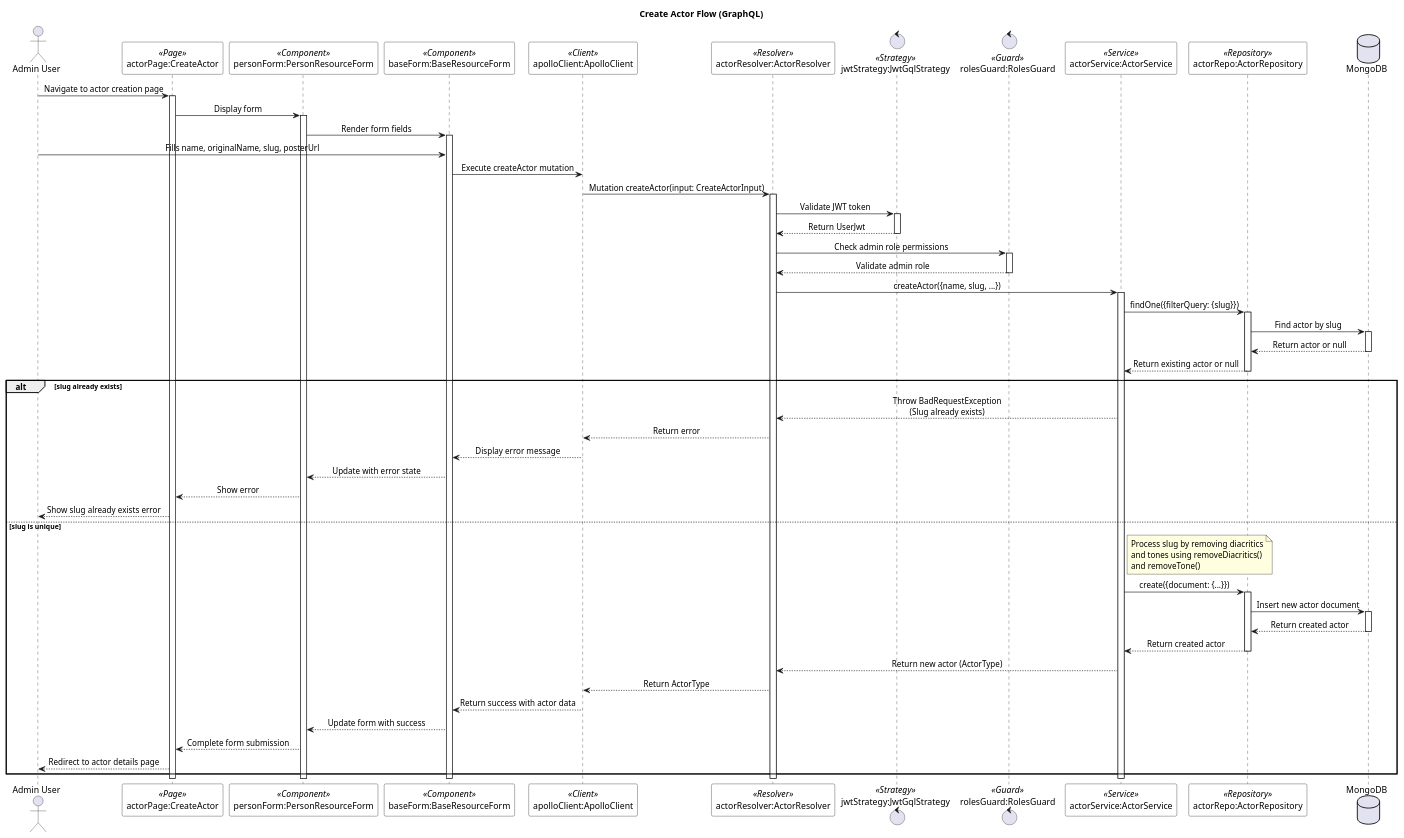
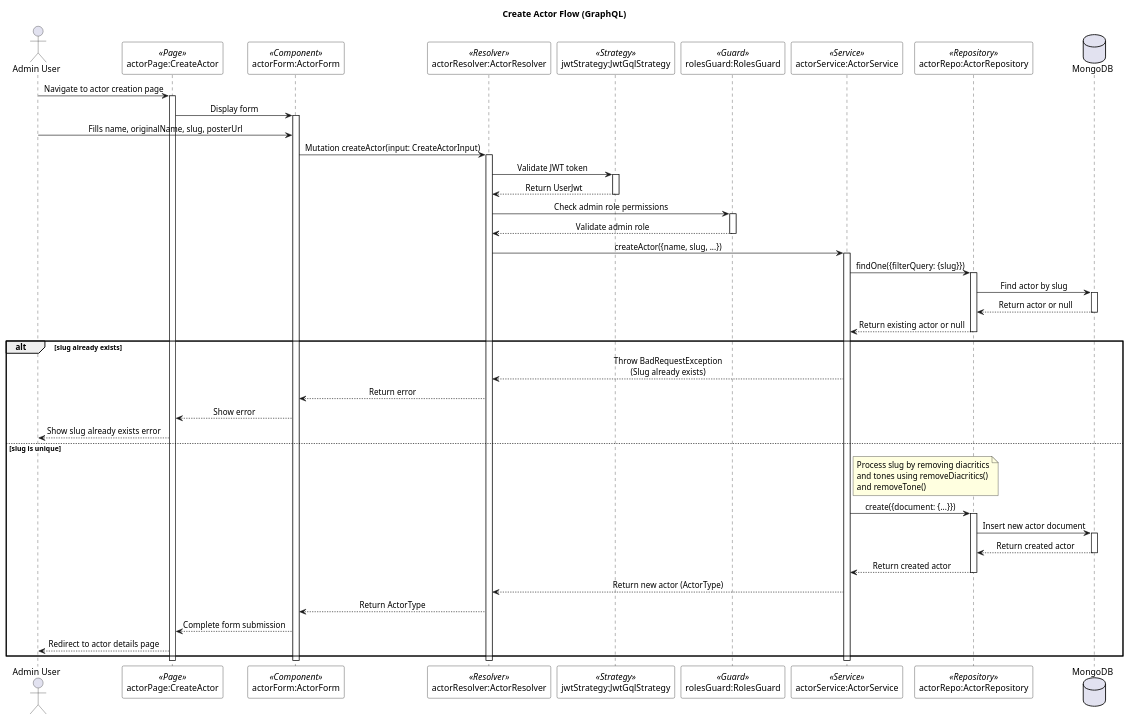
The diagram in documents/diagram/sequences/actors/create-actor.puml (lehuygiang28/vphim), drawn with PlantUML before and after one commit. The commit also changed 4 other files, not shown here.

First line of the commit message:
refactor(diagrams/sequences/actors): 🛠️ update sequence diagrams for actor flows

```diff
--- a/documents/diagram/sequences/actors/create-actor.puml
+++ b/documents/diagram/sequences/actors/create-actor.puml
@@ -1,100 +1,88 @@
 @startuml Create Actor Flow
 
 skinparam SequenceMessageAlignment center
 skinparam SequenceBoxBackgroundColor white
 skinparam SequenceBoxBorderColor black
 skinparam NoteBackgroundColor lightyellow
 skinparam NoteBorderColor black
 skinparam ParticipantBackgroundColor white
 skinparam ParticipantBorderColor black
 
 title Create Actor Flow (GraphQL)
 
 actor "Admin User" as adminUser
 participant "actorPage:CreateActor" as actorPage <<Page>>
-participant "personForm:PersonResourceForm" as personForm <<Component>>
-participant "baseForm:BaseResourceForm" as baseForm <<Component>>
-participant "apolloClient:ApolloClient" as apolloClient <<Client>>
+participant "actorForm:ActorForm" as actorForm <<Component>>
 participant "actorResolver:ActorResolver" as actorResolver <<Resolver>>
-control "jwtStrategy:JwtGqlStrategy" as jwtStrategy <<Strategy>>
-control "rolesGuard:RolesGuard" as rolesGuard <<Guard>>
+participant "jwtStrategy:JwtGqlStrategy" as jwtStrategy <<Strategy>>
+participant "rolesGuard:RolesGuard" as rolesGuard <<Guard>>
 participant "actorService:ActorService" as actorService <<Service>>
 participant "actorRepo:ActorRepository" as actorRepo <<Repository>>
 database "MongoDB" as mongoDB
 
 adminUser -> actorPage : Navigate to actor creation page
 activate actorPage
 
-actorPage -> personForm : Display form
-activate personForm
+actorPage -> actorForm : Display form
+activate actorForm
 
-personForm -> baseForm : Render form fields
-activate baseForm
+adminUser -> actorForm : Fills name, originalName, slug, posterUrl
 
-adminUser -> baseForm : Fills name, originalName, slug, posterUrl
-
-baseForm -> apolloClient : Execute createActor mutation
-apolloClient -> actorResolver : Mutation createActor(input: CreateActorInput)
+actorForm -> actorResolver : Mutation createActor(input: CreateActorInput)
 activate actorResolver
 
 actorResolver -> jwtStrategy : Validate JWT token
 activate jwtStrategy
 jwtStrategy --> actorResolver : Return UserJwt
 deactivate jwtStrategy
 
 actorResolver -> rolesGuard : Check admin role permissions
 activate rolesGuard
 rolesGuard --> actorResolver : Validate admin role
 deactivate rolesGuard
 
 actorResolver -> actorService : createActor({name, slug, ...})
 activate actorService
 
 actorService -> actorRepo : findOne({filterQuery: {slug}})
 activate actorRepo
 actorRepo -> mongoDB : Find actor by slug
 activate mongoDB
 mongoDB --> actorRepo : Return actor or null
 deactivate mongoDB
 actorRepo --> actorService : Return existing actor or null
 deactivate actorRepo
 
 alt slug already exists
     actorService --> actorResolver : Throw BadRequestException\n(Slug already exists)
-    actorResolver --> apolloClient : Return error
-    apolloClient --> baseForm : Display error message
-    baseForm --> personForm : Update with error state
-    personForm --> actorPage : Show error
+    actorResolver --> actorForm : Return error
+    actorForm --> actorPage : Show error
     actorPage --> adminUser : Show slug already exists error
 else slug is unique
     note right of actorService
         Process slug by removing diacritics
         and tones using removeDiacritics()
         and removeTone()
     end note
 
     actorService -> actorRepo : create({document: {...}})
     activate actorRepo
     actorRepo -> mongoDB : Insert new actor document
     activate mongoDB
     mongoDB --> actorRepo : Return created actor
     deactivate mongoDB
     actorRepo --> actorService : Return created actor
     deactivate actorRepo
 
     actorService --> actorResolver : Return new actor (ActorType)
-    actorResolver --> apolloClient : Return ActorType
-    apolloClient --> baseForm : Return success with actor data
-    baseForm --> personForm : Update form with success
-    personForm --> actorPage : Complete form submission
+    actorResolver --> actorForm : Return ActorType
+    actorForm --> actorPage : Complete form submission
     actorPage --> adminUser : Redirect to actor details page
 end
 
 deactivate actorService
 deactivate actorResolver
-deactivate apolloClient
-deactivate baseForm
-deactivate personForm
+deactivate actorForm
 deactivate actorPage
 
 @enduml
```
